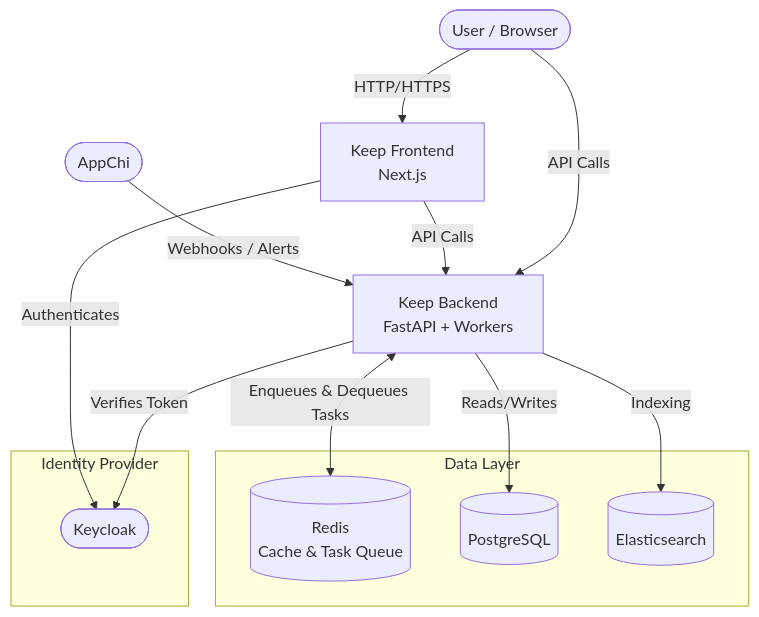
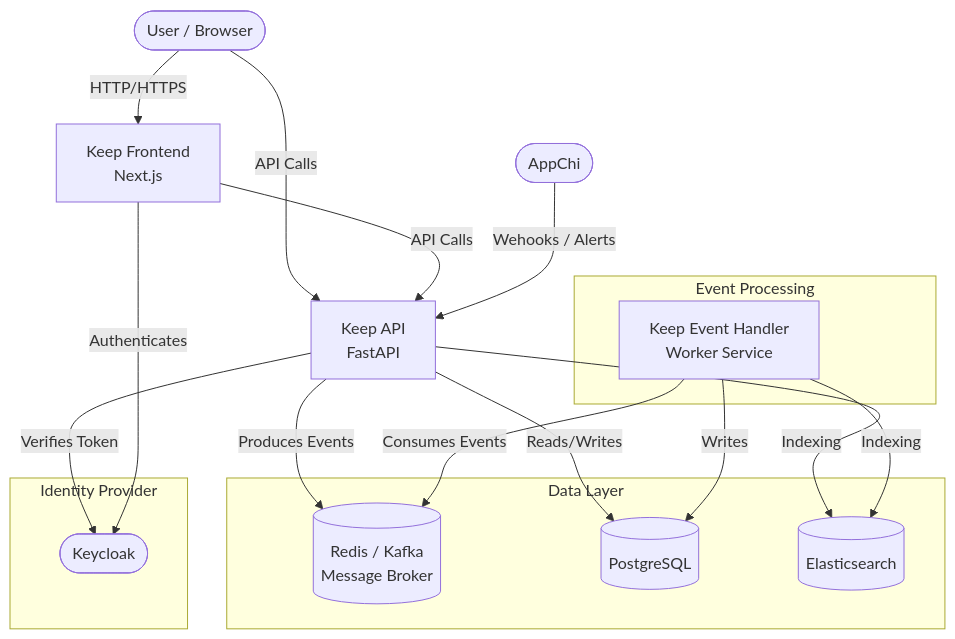
One commit to venaTeam/docs changed the diagram in architecture.mdx. Above: the diagram before and after it, drawn with Mermaid. The commit also changed other lines of this file and 6 other files, not shown here.

````diff
--- a/architecture.mdx
+++ b/architecture.mdx
@@ -10,26 +10,36 @@
 ```mermaid
 flowchart TD
     User([User / Browser]) -->|HTTP/HTTPS| Frontend[Keep Frontend 
      Next.js]
     User -->|API Calls| Backend
-    Frontend -->|API Calls| Backend[Keep Backend 
-     FastAPI + Workers]
+    Frontend -->|API Calls| Backend[Keep API 
+     FastAPI]
     
     subgraph "Data Layer"
-        Redis[(Redis 
-         Cache & Task Queue)]
+        MessageBroker[(Redis / Kafka
+         Message Broker)]
         DB[(PostgreSQL)]
         Elastic[(Elasticsearch)]
     end
     
+    subgraph "Event Processing"
+        EventHandler[Keep Event Handler 
+         Worker Service]
+    end
+
     subgraph "Identity Provider"
         Keycloak([Keycloak])
     end
 
-    Prometheus([AppChi]) -->|Webhooks / Alerts| Backend
+    Prometheus([AppChi]) -->|Wehooks / Alerts| Backend
     Backend -->|Reads/Writes| DB
     Backend -->|Indexing| Elastic
-    Backend <-->|Enqueues & Dequeues Tasks| Redis
+    Backend -->|Produces Events| MessageBroker
+    
+    EventHandler -->|Consumes Events| MessageBroker
+    EventHandler -->|Writes| DB
+    EventHandler -->|Indexing| Elastic
+
     Backend -->|Verifies Token| Keycloak
     Frontend -->|Authenticates| Keycloak
 ```
````
